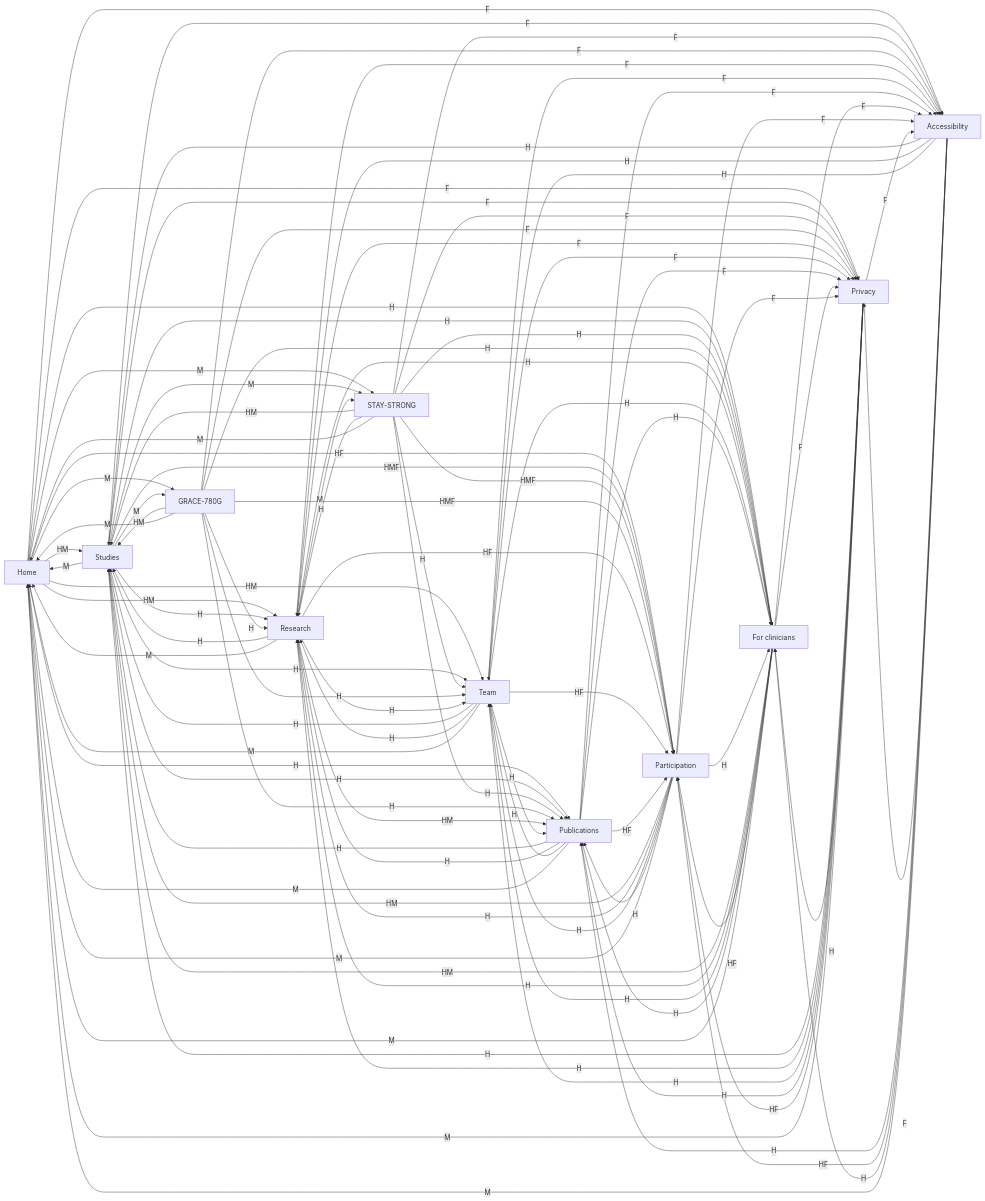
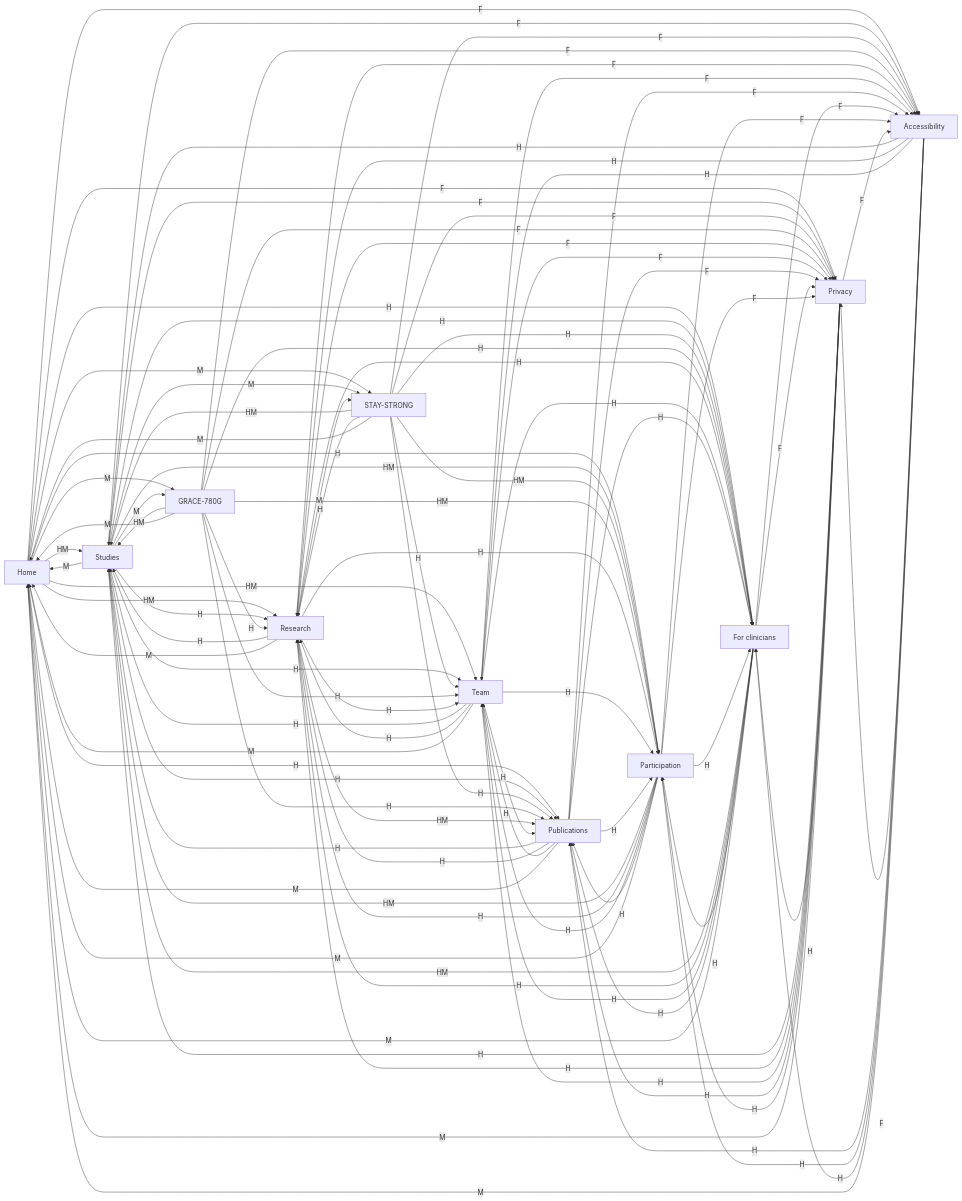
The diagram in docs/link-graph.md (Reakwind/tali-cukierman-yaffe), drawn with Mermaid before and after one commit. The commit also changed other lines of this file and 2 other files, not shown here.

Commit message:
fix: remove participation from footer and update link graph

```diff
--- a/docs/link-graph.md
+++ b/docs/link-graph.md
@@ -8,7 +8,7 @@
   home["Home"] -->|HM| research["Research"]
   home["Home"] -->|HM| about["Team"]
   home["Home"] -->|H| publications["Publications"]
-  home["Home"] -->|HF| participation["Participation"]
+  home["Home"] -->|H| participation["Participation"]
   home["Home"] -->|H| for-clinicians["For clinicians"]
   home["Home"] -->|M| studies-hybrid-closed-loop["GRACE-780G"]
   home["Home"] -->|M| studies-stay-strong["STAY-STRONG"]
@@ -17,7 +17,7 @@
   studies["Studies"] -->|H| research["Research"]
   studies["Studies"] -->|H| about["Team"]
   studies["Studies"] -->|H| publications["Publications"]
-  studies["Studies"] -->|HMF| participation["Participation"]
+  studies["Studies"] -->|HM| participation["Participation"]
   studies["Studies"] -->|H| for-clinicians["For clinicians"]
   studies["Studies"] -->|M| home["Home"]
   studies["Studies"] -->|M| studies-stay-strong["STAY-STRONG"]
@@ -28,7 +28,7 @@
   studies-stay-strong["STAY-STRONG"] -->|H| research["Research"]
   studies-stay-strong["STAY-STRONG"] -->|H| about["Team"]
   studies-stay-strong["STAY-STRONG"] -->|H| publications["Publications"]
-  studies-stay-strong["STAY-STRONG"] -->|HMF| participation["Participation"]
+  studies-stay-strong["STAY-STRONG"] -->|HM| participation["Participation"]
   studies-stay-strong["STAY-STRONG"] -->|H| for-clinicians["For clinicians"]
   studies-stay-strong["STAY-STRONG"] -->|M| home["Home"]
   studies-stay-strong["STAY-STRONG"] -->|F| privacy["Privacy"]
@@ -37,7 +37,7 @@
   studies-hybrid-closed-loop["GRACE-780G"] -->|H| research["Research"]
   studies-hybrid-closed-loop["GRACE-780G"] -->|H| about["Team"]
   studies-hybrid-closed-loop["GRACE-780G"] -->|H| publications["Publications"]
-  studies-hybrid-closed-loop["GRACE-780G"] -->|HMF| participation["Participation"]
+  studies-hybrid-closed-loop["GRACE-780G"] -->|HM| participation["Participation"]
   studies-hybrid-closed-loop["GRACE-780G"] -->|H| for-clinicians["For clinicians"]
   studies-hybrid-closed-loop["GRACE-780G"] -->|M| home["Home"]
   studies-hybrid-closed-loop["GRACE-780G"] -->|F| privacy["Privacy"]
@@ -45,7 +45,7 @@
   research["Research"] -->|H| studies["Studies"]
   research["Research"] -->|H| about["Team"]
   research["Research"] -->|HM| publications["Publications"]
-  research["Research"] -->|HF| participation["Participation"]
+  research["Research"] -->|H| participation["Participation"]
   research["Research"] -->|H| for-clinicians["For clinicians"]
   research["Research"] -->|M| home["Home"]
   research["Research"] -->|M| studies-stay-strong["STAY-STRONG"]
@@ -54,7 +54,7 @@
   about["Team"] -->|H| studies["Studies"]
   about["Team"] -->|H| research["Research"]
   about["Team"] -->|H| publications["Publications"]
-  about["Team"] -->|HF| participation["Participation"]
+  about["Team"] -->|H| participation["Participation"]
   about["Team"] -->|H| for-clinicians["For clinicians"]
   about["Team"] -->|M| home["Home"]
   about["Team"] -->|F| privacy["Privacy"]
@@ -62,7 +62,7 @@
   publications["Publications"] -->|H| studies["Studies"]
   publications["Publications"] -->|H| research["Research"]
   publications["Publications"] -->|H| about["Team"]
-  publications["Publications"] -->|HF| participation["Participation"]
+  publications["Publications"] -->|H| participation["Participation"]
   publications["Publications"] -->|H| for-clinicians["For clinicians"]
   publications["Publications"] -->|M| home["Home"]
   publications["Publications"] -->|F| privacy["Privacy"]
@@ -71,7 +71,7 @@
   for-clinicians["For clinicians"] -->|H| research["Research"]
   for-clinicians["For clinicians"] -->|H| about["Team"]
   for-clinicians["For clinicians"] -->|H| publications["Publications"]
-  for-clinicians["For clinicians"] -->|HF| participation["Participation"]
+  for-clinicians["For clinicians"] -->|H| participation["Participation"]
   for-clinicians["For clinicians"] -->|M| home["Home"]
   for-clinicians["For clinicians"] -->|F| privacy["Privacy"]
   for-clinicians["For clinicians"] -->|F| accessibility["Accessibility"]
@@ -87,7 +87,7 @@
   privacy["Privacy"] -->|H| research["Research"]
   privacy["Privacy"] -->|H| about["Team"]
   privacy["Privacy"] -->|H| publications["Publications"]
-  privacy["Privacy"] -->|HF| participation["Participation"]
+  privacy["Privacy"] -->|H| participation["Participation"]
   privacy["Privacy"] -->|H| for-clinicians["For clinicians"]
   privacy["Privacy"] -->|M| home["Home"]
   privacy["Privacy"] -->|F| accessibility["Accessibility"]
@@ -95,7 +95,7 @@
   accessibility["Accessibility"] -->|H| research["Research"]
   accessibility["Accessibility"] -->|H| about["Team"]
   accessibility["Accessibility"] -->|H| publications["Publications"]
-  accessibility["Accessibility"] -->|HF| participation["Participation"]
+  accessibility["Accessibility"] -->|H| participation["Participation"]
   accessibility["Accessibility"] -->|H| for-clinicians["For clinicians"]
   accessibility["Accessibility"] -->|M| home["Home"]
   accessibility["Accessibility"] -->|F| privacy["Privacy"]
```
